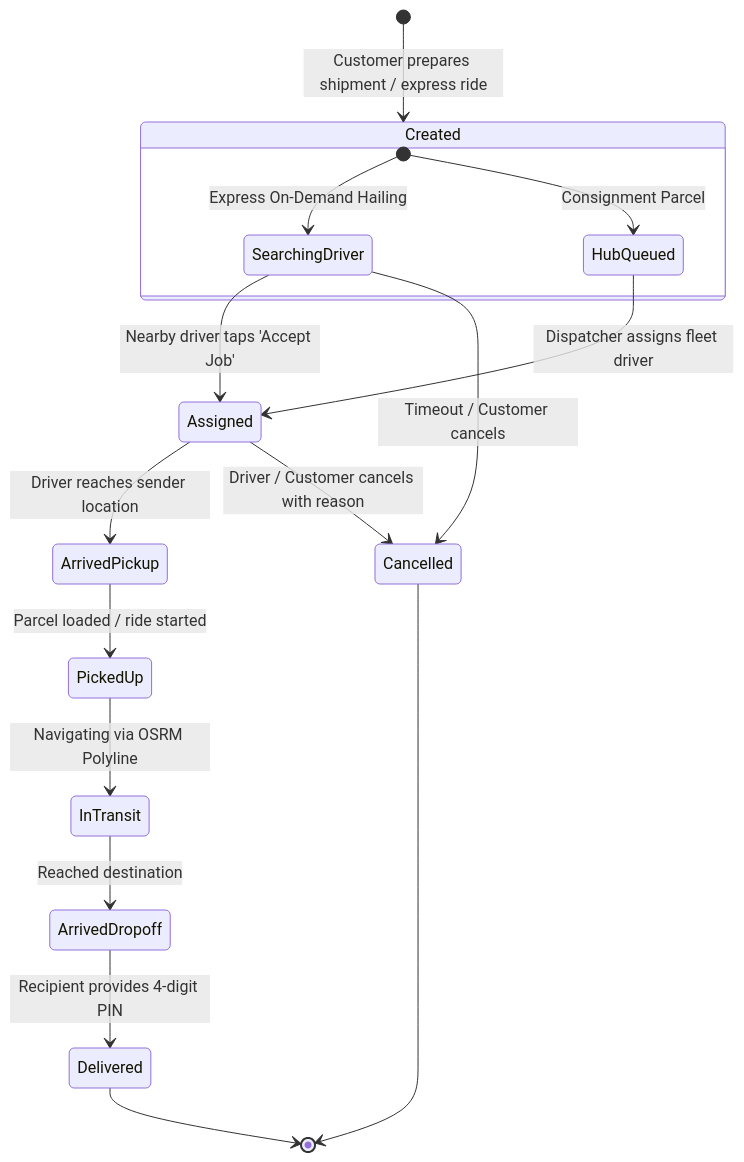
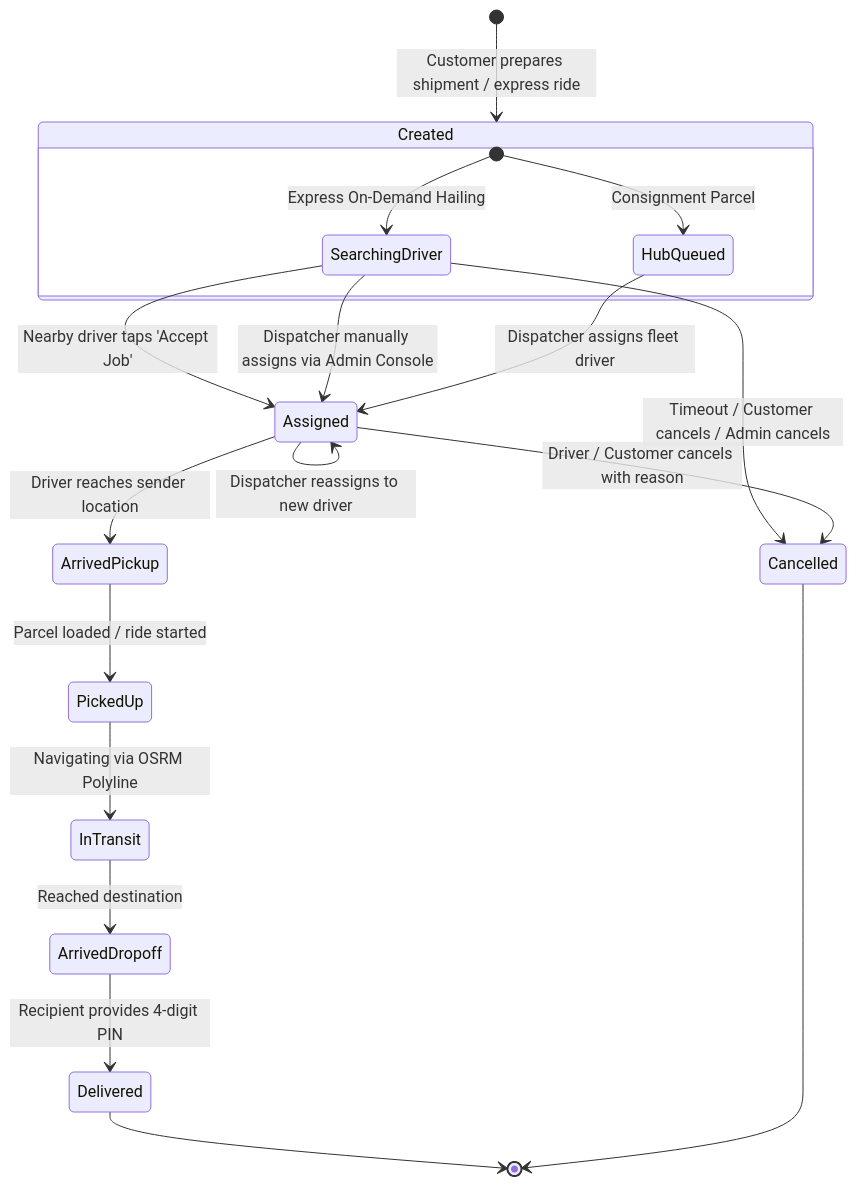
One commit to Lekki369/e_hailer changed the second of 2 diagrams in docs/ARCHITECTURE.md. Above: the diagram before and after it, drawn with Mermaid. The commit also changed other lines of this file and 20 other files, not shown here.

Commit message:
feat(admin): implement operations command center, live dispatch queue, and driver assignment engine

````diff
--- a/docs/ARCHITECTURE.md
+++ b/docs/ARCHITECTURE.md
@@ -100,24 +105,26 @@
 ```mermaid
 stateDiagram-v2
     [*] --> Created: Customer prepares shipment / express ride
     
     state Created {
         [*] --> SearchingDriver: Express On-Demand Hailing
         [*] --> HubQueued: Consignment Parcel
     }
 
     SearchingDriver --> Assigned: Nearby driver taps 'Accept Job'
+    SearchingDriver --> Assigned: Dispatcher manually assigns via Admin Console
     HubQueued --> Assigned: Dispatcher assigns fleet driver
     
     Assigned --> ArrivedPickup: Driver reaches sender location
     ArrivedPickup --> PickedUp: Parcel loaded / ride started
     PickedUp --> InTransit: Navigating via OSRM Polyline
     InTransit --> ArrivedDropoff: Reached destination
     ArrivedDropoff --> Delivered: Recipient provides 4-digit PIN
     
-    SearchingDriver --> Cancelled: Timeout / Customer cancels
+    SearchingDriver --> Cancelled: Timeout / Customer cancels / Admin cancels
     Assigned --> Cancelled: Driver / Customer cancels with reason
+    Assigned --> Assigned: Dispatcher reassigns to new driver
     
     Delivered --> [*]
     Cancelled --> [*]
 ```
````
